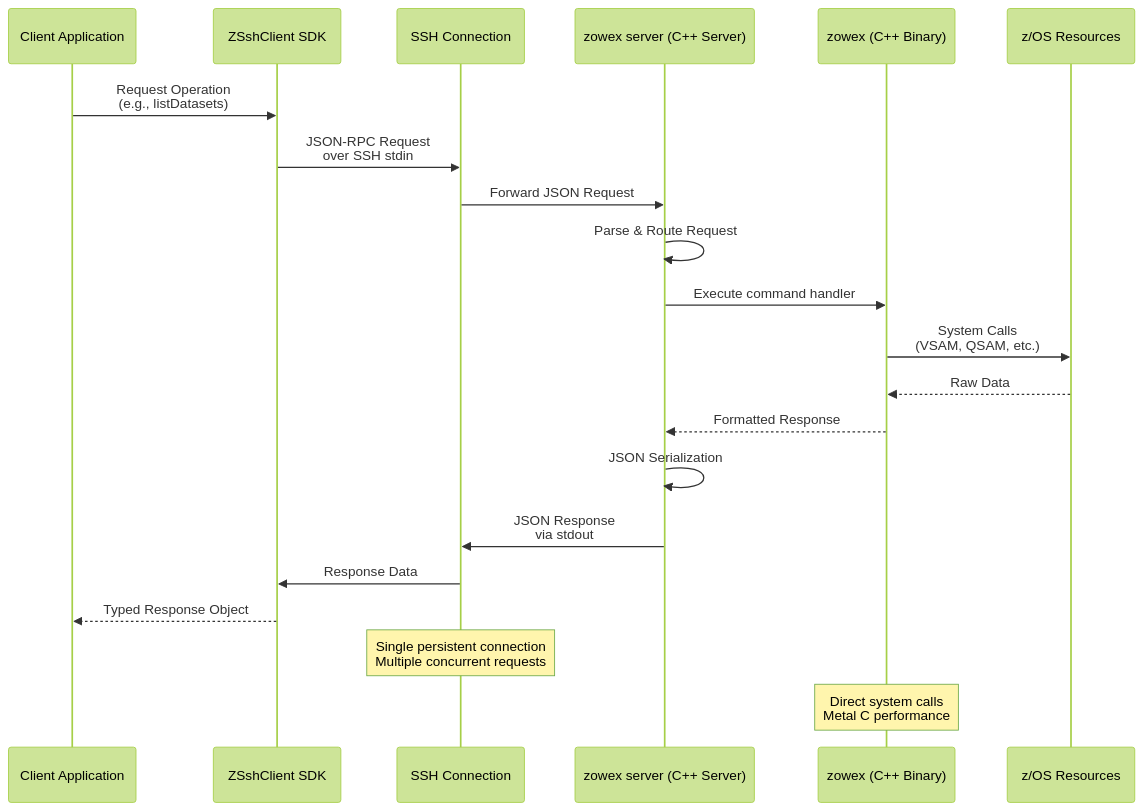
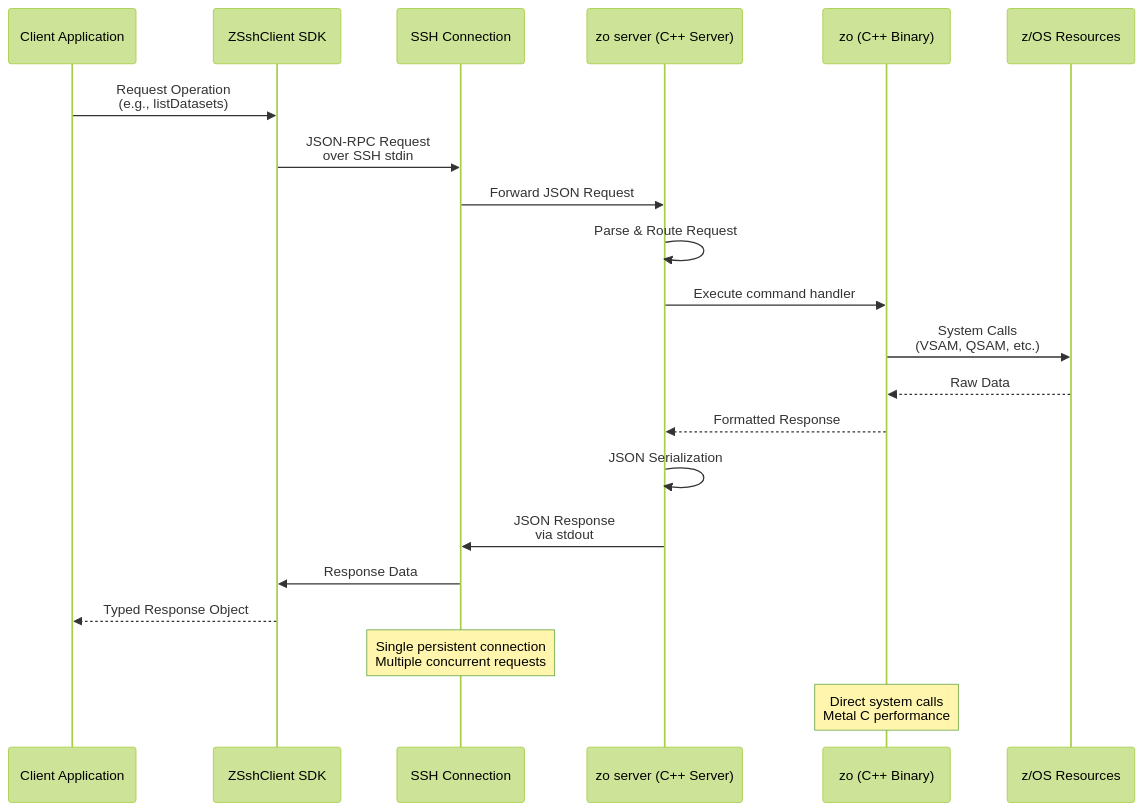
The third of 13 diagrams in doc/architecture-comparisons.md (zowe/zowex), drawn with Mermaid (forest theme) before and after one commit. The commit also changed other lines of this file and 142 other files, not shown here.

````diff
--- a/doc/architecture-comparisons.md
+++ b/doc/architecture-comparisons.md
@@ -121,25 +121,25 @@
 ```mermaid
 sequenceDiagram
     participant Client as Client Application
     participant SDK as ZSshClient SDK
     participant SSH as SSH Connection
-    participant IOServer as zowex server (C++ Server)
-    participant Backend as zowex (C++ Binary)
+    participant IOServer as zo server (C++ Server)
+    participant Backend as zo (C++ Binary)
     participant ZOS as z/OS Resources
 
     Client->>SDK: Request Operation<br/>(e.g., listDatasets)
     SDK->>SSH: JSON-RPC Request<br/>over SSH stdin
     SSH->>IOServer: Forward JSON Request
     IOServer->>IOServer: Parse & Route Request
     IOServer->>Backend: Execute command handler
     Backend->>ZOS: System Calls<br/>(VSAM, QSAM, etc.)
     ZOS-->>Backend: Raw Data
     Backend-->>IOServer: Formatted Response
     IOServer->>IOServer: JSON Serialization
     IOServer->>SSH: JSON Response<br/>via stdout
     SSH->>SDK: Response Data
     SDK-->>Client: Typed Response Object
 
     Note over SSH: Single persistent connection<br/>Multiple concurrent requests
     Note over Backend: Direct system calls<br/>Metal C performance
 ```
````
